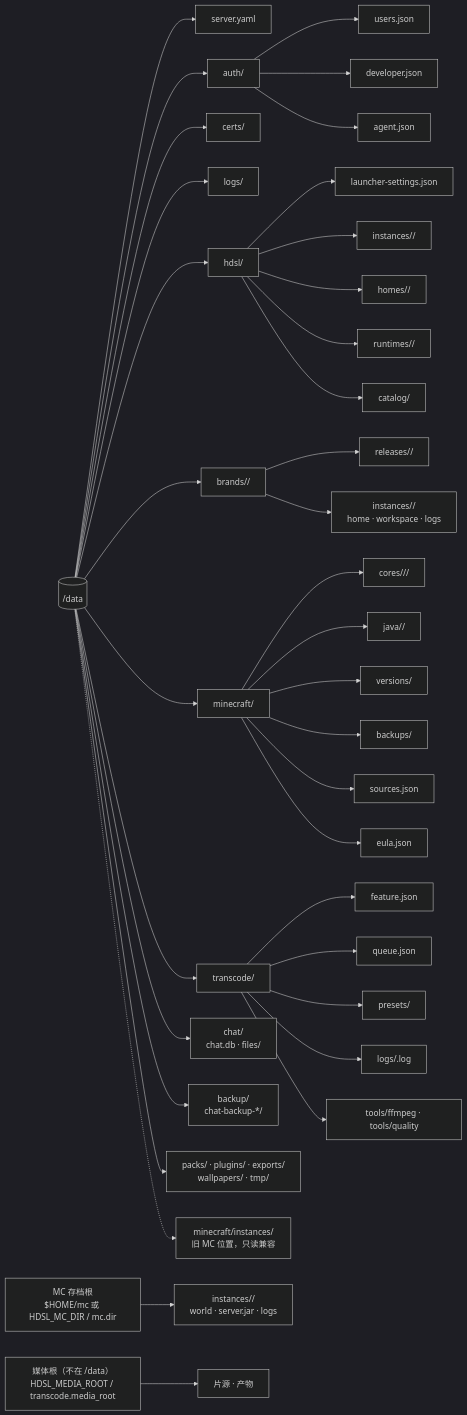
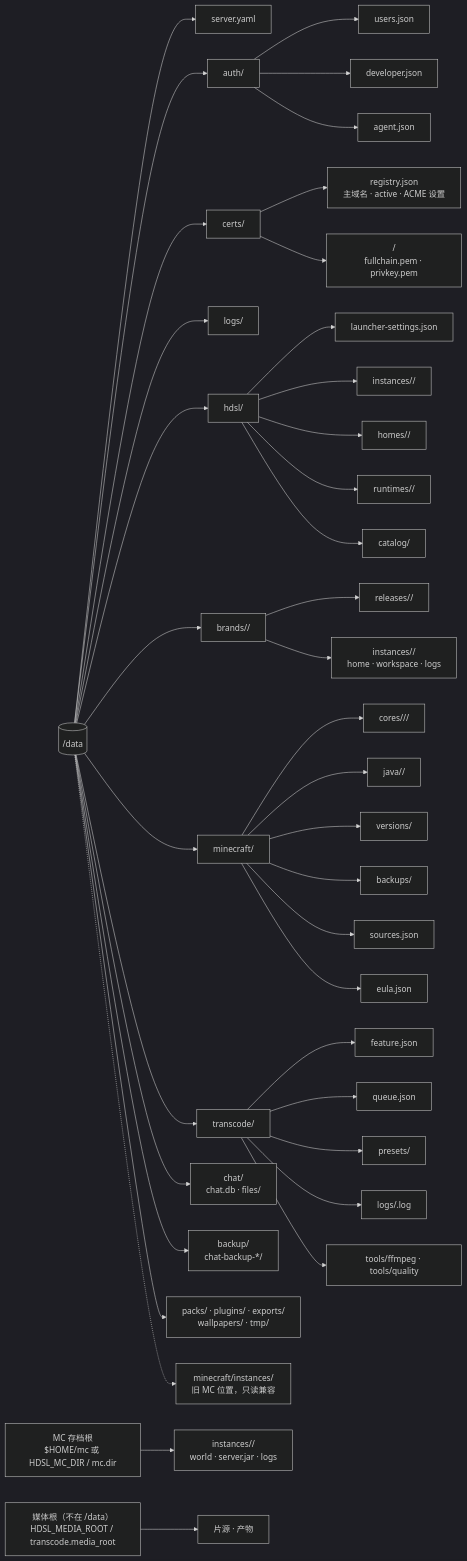
Before and after one commit to nas200-timmy/HDSL-WEB: the second of 2 diagrams in docs/architecture/full.md, drawn with Mermaid (dark theme). The commit also changed other lines of this file and 6 other files, not shown here.

````diff
--- a/docs/architecture/full.md
+++ b/docs/architecture/full.md
@@ -240,38 +242,40 @@
 ```mermaid
 flowchart LR
   data[("/data")] --> cfg["server.yaml"]
   data --> auth["auth/"]
   auth --> users["users.json"]
   auth --> dev["developer.json"]
   auth --> agent["agent.json"]
   data --> certs["certs/"]
+  certs --> certreg["registry.json<br/>主域名 · active · ACME 设置"]
+  certs --> certpem["<id>/<br/>fullchain.pem · privkey.pem"]
   data --> logs["logs/"]
   data --> hdsl["hdsl/"]
   hdsl --> launcher["launcher-settings.json"]
   hdsl --> hinst["instances/<id>/"]
   hdsl --> hhomes["homes/<version>/"]
   hdsl --> runtimes["runtimes/<node>/"]
   hdsl --> catalog["catalog/"]
   data --> brands["brands/<brand>/"]
   brands --> releases["releases/<version>/"]
   brands --> binst["instances/<id>/<br/>home · workspace · logs"]
   data --> minecraft["minecraft/"]
   minecraft --> cores["cores/<core>/<version>/"]
   minecraft --> java["java/<feature>/"]
   minecraft --> versions["versions/"]
   minecraft --> backups["backups/"]
   minecraft --> sources["sources.json"]
   minecraft --> eula["eula.json"]
   data --> tx["transcode/"]
   data --> chatd2["chat/<br/>chat.db · files/"]
   data --> backupd2["backup/<br/>chat-backup-*/"]
   tx --> txfeature["feature.json"]
   tx --> txqueue["queue.json"]
   tx --> txpresets["presets/"]
   tx --> txlogs["logs/<job>.log"]
   tx --> txtools["tools/ffmpeg · tools/quality"]
   data --> other["packs/ · plugins/ · exports/<br/>wallpapers/ · tmp/"]
   data -.-> legacy["minecraft/instances/<br/>旧 MC 位置，只读兼容"]
   mcroot["MC 存档根<br/>$HOME/mc 或 HDSL_MC_DIR / mc.dir"] --> mcinst["instances/<id>/<br/>world · server.jar · logs"]
   media["媒体根（不在 /data）<br/>HDSL_MEDIA_ROOT / transcode.media_root"] --> mediafiles["片源 · 产物"]
 ```
````
